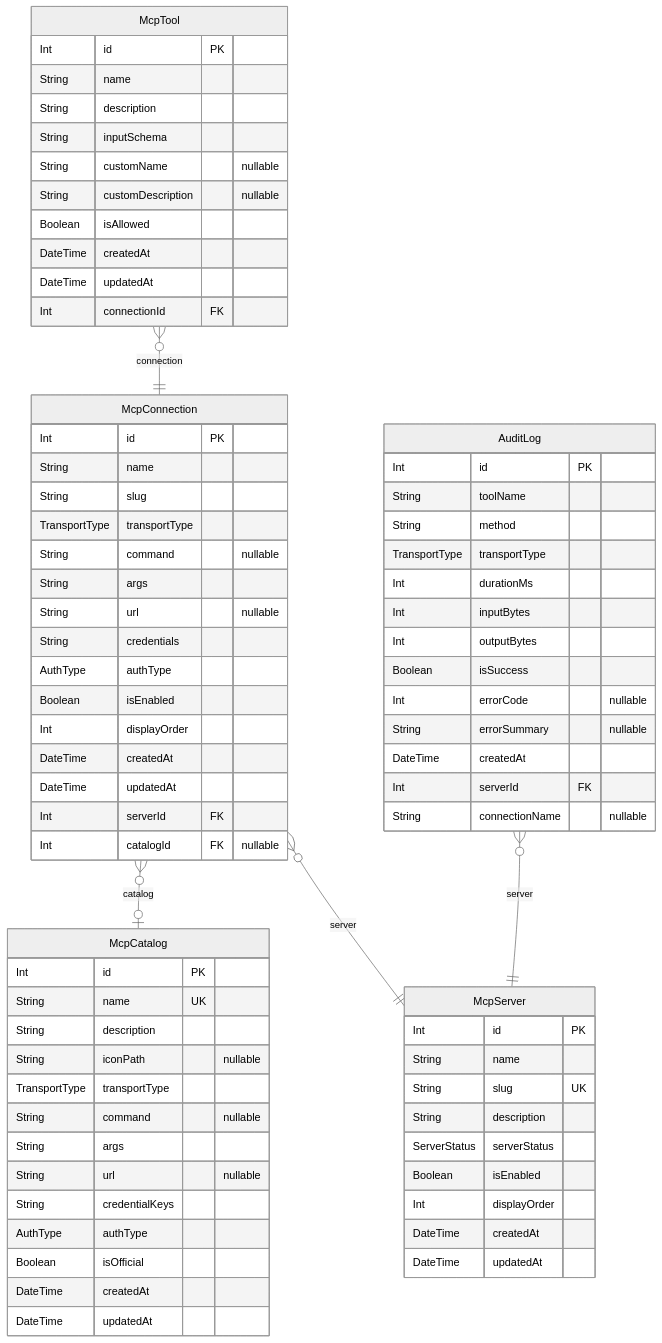
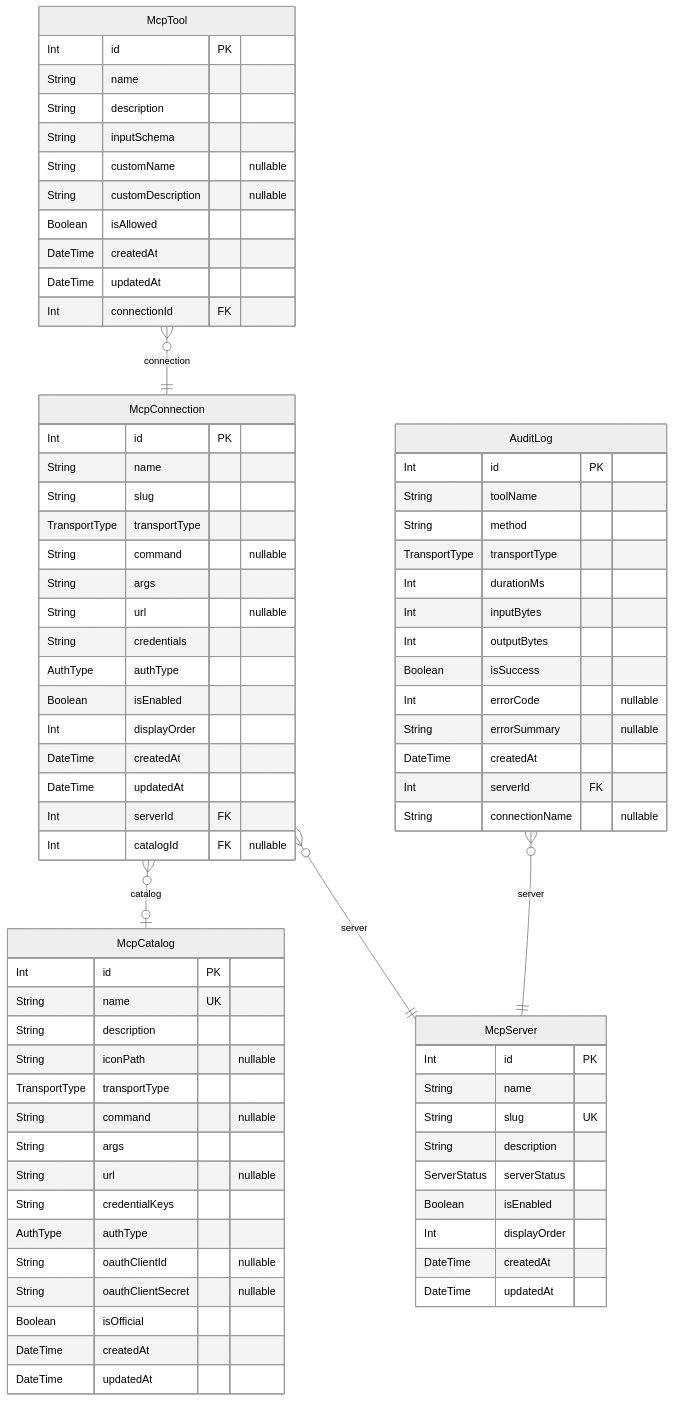
One commit to rayven122/tumiki changed the second of 3 diagrams in apps/desktop/prisma/README.md. Above: the diagram before and after it, drawn with Mermaid (neutral theme). The commit also changed other lines of this file and 3 other files, not shown here.

First line of the commit message:
feat(desktop): OAuthClient + カタログOAuthフィールドのDBスキーマ追加

````diff
--- a/apps/desktop/prisma/README.md
+++ b/apps/desktop/prisma/README.md
@@ -35,77 +36,79 @@
 ```mermaid
 erDiagram
 "McpCatalog" {
   Int id PK
   String name UK
   String description
   String iconPath "nullable"
   TransportType transportType
   String command "nullable"
   String args
   String url "nullable"
   String credentialKeys
   AuthType authType
+  String oauthClientId "nullable"
+  String oauthClientSecret "nullable"
   Boolean isOfficial
   DateTime createdAt
   DateTime updatedAt
 }
 "McpConnection" {
   Int id PK
   String name
   String slug
   TransportType transportType
   String command "nullable"
   String args
   String url "nullable"
   String credentials
   AuthType authType
   Boolean isEnabled
   Int displayOrder
   DateTime createdAt
   DateTime updatedAt
   Int serverId FK
   Int catalogId FK "nullable"
 }
 "McpTool" {
   Int id PK
   String name
   String description
   String inputSchema
   String customName "nullable"
   String customDescription "nullable"
   Boolean isAllowed
   DateTime createdAt
   DateTime updatedAt
   Int connectionId FK
 }
 "McpServer" {
   Int id PK
   String name
   String slug UK
   String description
   ServerStatus serverStatus
   Boolean isEnabled
   Int displayOrder
   DateTime createdAt
   DateTime updatedAt
 }
 "AuditLog" {
   Int id PK
   String toolName
   String method
   TransportType transportType
   Int durationMs
   Int inputBytes
   Int outputBytes
   Boolean isSuccess
   Int errorCode "nullable"
   String errorSummary "nullable"
   DateTime createdAt
   Int serverId FK
   String connectionName "nullable"
 }
 "McpConnection" }o--|| "McpServer" : server
 "McpConnection" }o--o| "McpCatalog" : catalog
 "McpTool" }o--|| "McpConnection" : connection
 "AuditLog" }o--|| "McpServer" : server
 ```
````
